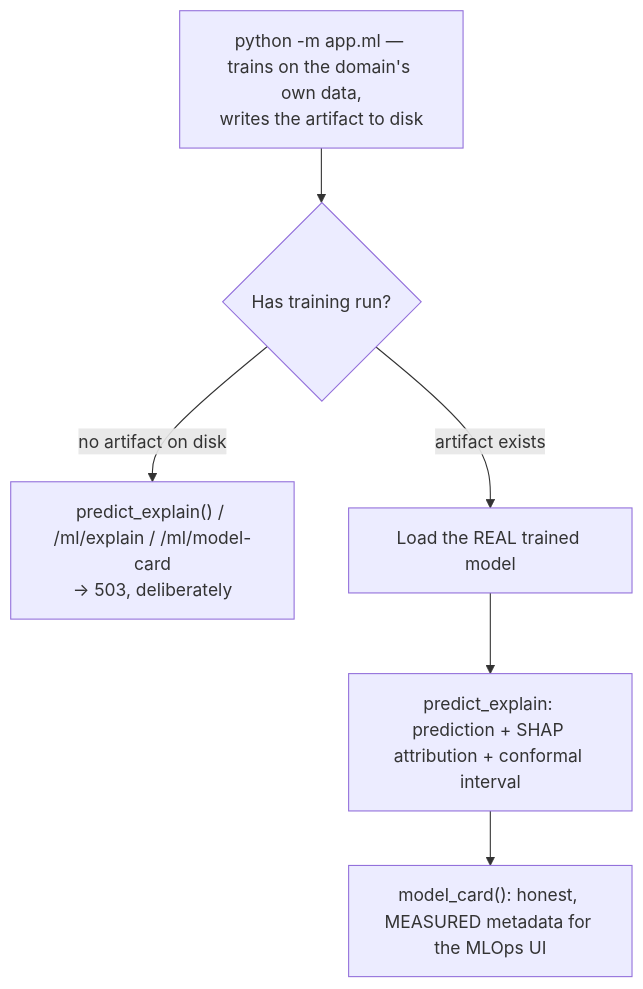
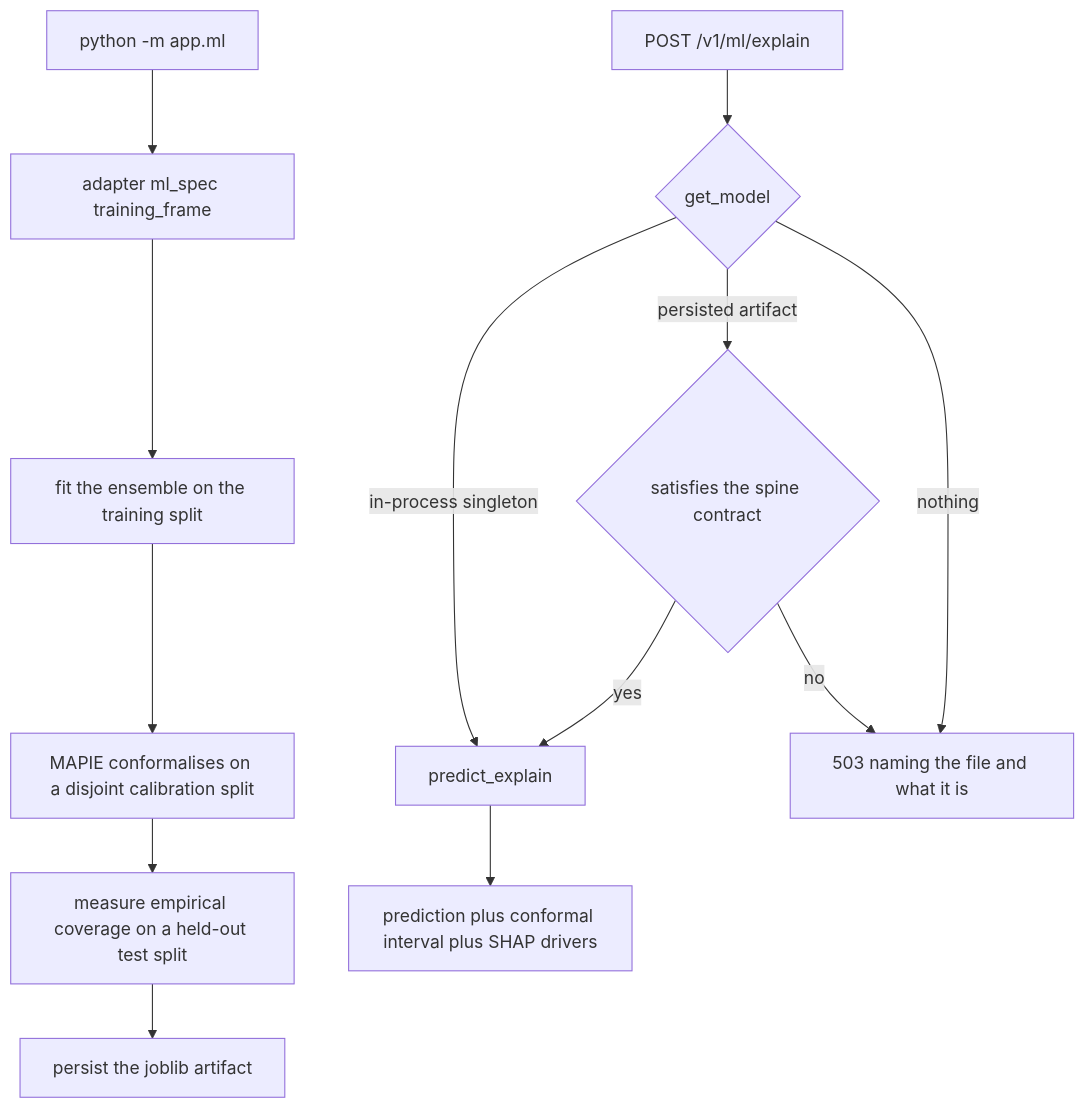
The diagram in docs/teaching/ml.md (yrevash/aegis), drawn with Mermaid before and after one commit. The commit also changed other lines of this file and 29 other files, not shown here.

````diff
--- a/docs/teaching/ml.md
+++ b/docs/teaching/ml.md
@@ -22,8 +26,15 @@
 ```mermaid
 flowchart TD
-    A["python -m app.ml — trains on the domain's own data,<br/>writes the artifact to disk"] --> B{Has training run?}
-    B -->|no artifact on disk| C["predict_explain() / /ml/explain / /ml/model-card<br/>→ 503, deliberately"]
-    B -->|artifact exists| D["Load the REAL trained model"]
-    D --> E[predict_explain: prediction + SHAP attribution + conformal interval]
-    E --> F["model_card(): honest, MEASURED metadata for the MLOps UI"]
+    T["python -m app.ml"] --> S[adapter ml_spec training_frame]
+    S --> F[fit the ensemble on the training split]
+    F --> C[MAPIE conformalises on a disjoint calibration split]
+    C --> M[measure empirical coverage on a held-out test split]
+    M --> A[persist the joblib artifact]
+    R[POST /v1/ml/explain] --> G{get_model}
+    G -->|in-process singleton| P[predict_explain]
+    G -->|persisted artifact| V{satisfies the spine contract}
+    V -->|no| E[503 naming the file and what it is]
+    V -->|yes| P
+    G -->|nothing| E
+    P --> O[prediction plus conformal interval plus SHAP drivers]
 ```
````
